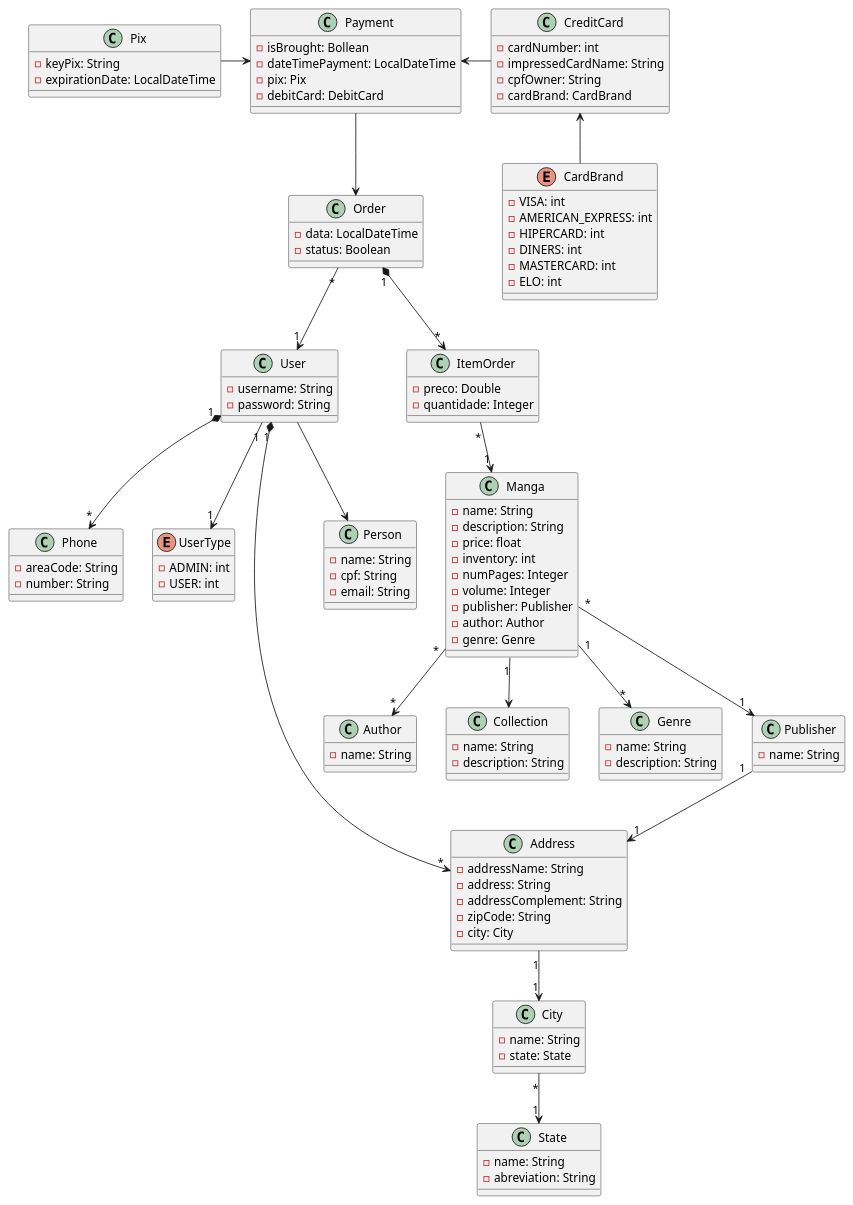
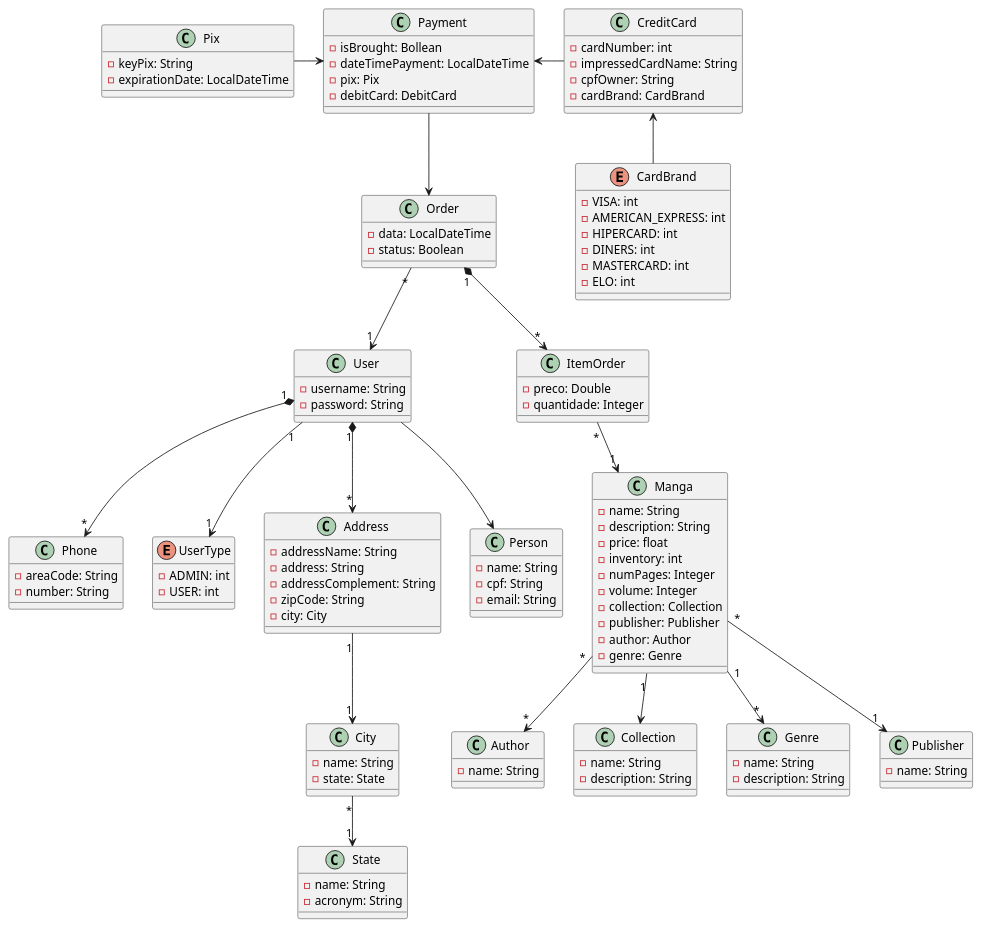
One commit to fredericowetmann/quarkus-manga-store changed the diagram in uml.plantuml. Above: the diagram before and after it, drawn with PlantUML. The commit also changed 1 other file, not shown here.

```diff
--- a/uml.plantuml
+++ b/uml.plantuml
@@ -1,136 +1,135 @@
 @startuml
 
     class Publisher{
         - name: String
     }
 
     class Person{
         - name: String
         - cpf: String
         - email: String
     }
 
     class User{
         - username: String
         - password: String
     }
 
     class Phone{
         - areaCode: String
         - number: String
     }
 
     class Author{
         - name: String
     }
 
     enum UserType{
         - ADMIN: int
         - USER: int
     }
 
     class Manga{
         - name: String
         - description: String
         - price: float
         - inventory: int
         - numPages: Integer
         - volume: Integer
+        - collection: Collection
         - publisher: Publisher
         - author: Author
         - genre: Genre
     }
 
     class Collection{
         - name: String
         - description: String
     }
 
     class Genre{
         - name: String
         - description: String
     }
 
     class Address{
         - addressName: String
         - address: String
         - addressComplement: String
         - zipCode: String
         - city: City
     }
 
     class Order{
         - data: LocalDateTime
         - status: Boolean
     }
 
     class ItemOrder{
         - preco: Double
         - quantidade: Integer
     }
 
     class City{
         - name: String
         - state: State
     }
 
     class State{
         - name: String
-        - abreviation: String
+        - acronym: String
     }
 
     class Payment{
         - isBrought: Bollean
         - dateTimePayment: LocalDateTime
         - pix: Pix
         - debitCard: DebitCard
     }
 
     class Pix{
         -  keyPix: String
         - expirationDate: LocalDateTime
     }
 
     class CreditCard{
         - cardNumber: int
         - impressedCardName: String
         - cpfOwner: String
         - cardBrand: CardBrand
     }
 
     enum CardBrand{
         - VISA: int
         - AMERICAN_EXPRESS: int
         - HIPERCARD: int
         - DINERS: int
         - MASTERCARD: int
         - ELO: int
     }
 
     Order "1" *--> "*" ItemOrder
     Order "*" --> "1" User
     ItemOrder "*" --> "1" Manga
 
     Manga "*" --> "1" Publisher
     Manga "*" --> "*" Author
     Manga "1" --> "*" Genre
     Manga "1" --> Collection
 
     User "1" *--> "*" Phone
     User "1" *--> "*" Address
     User "1" --> "1" UserType
 
     User --> Person
 
-    Publisher "1" --> "1" Address
-
     City "*" --> "1" State
 
     Address "1" --> "1" City
 
     Payment --> Order
     Pix -right-> Payment
     CreditCard -left-> Payment
     CardBrand -up-> CreditCard
 
 @enduml
```
